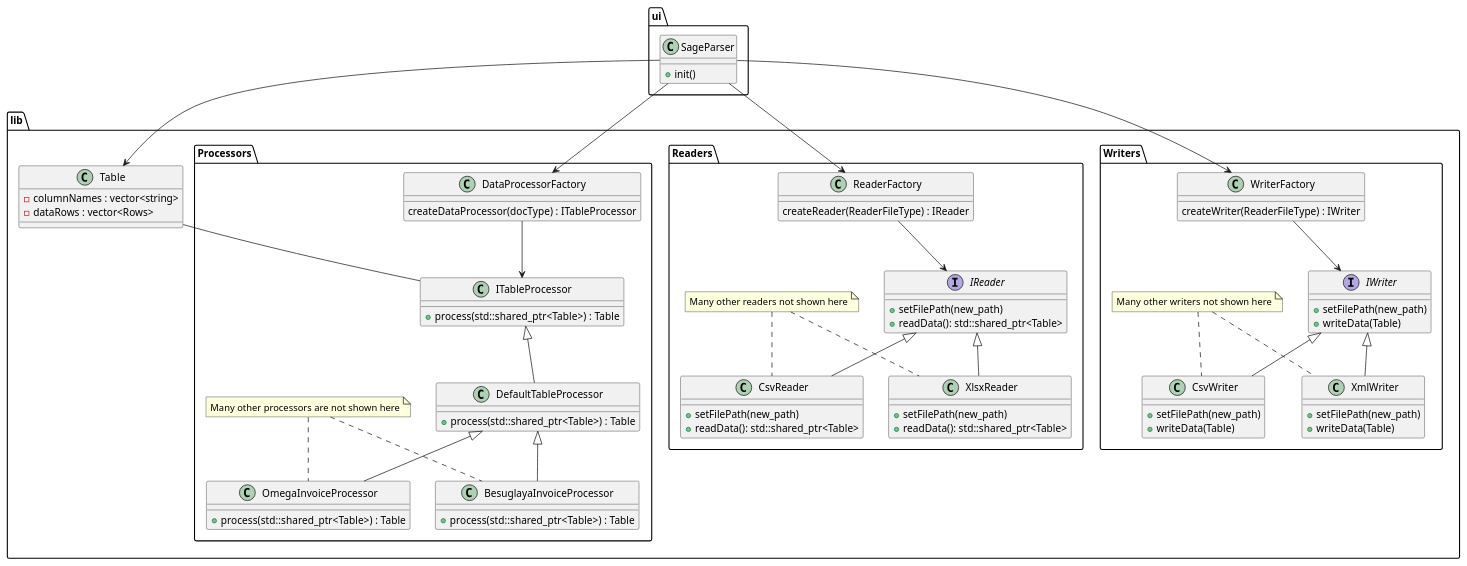
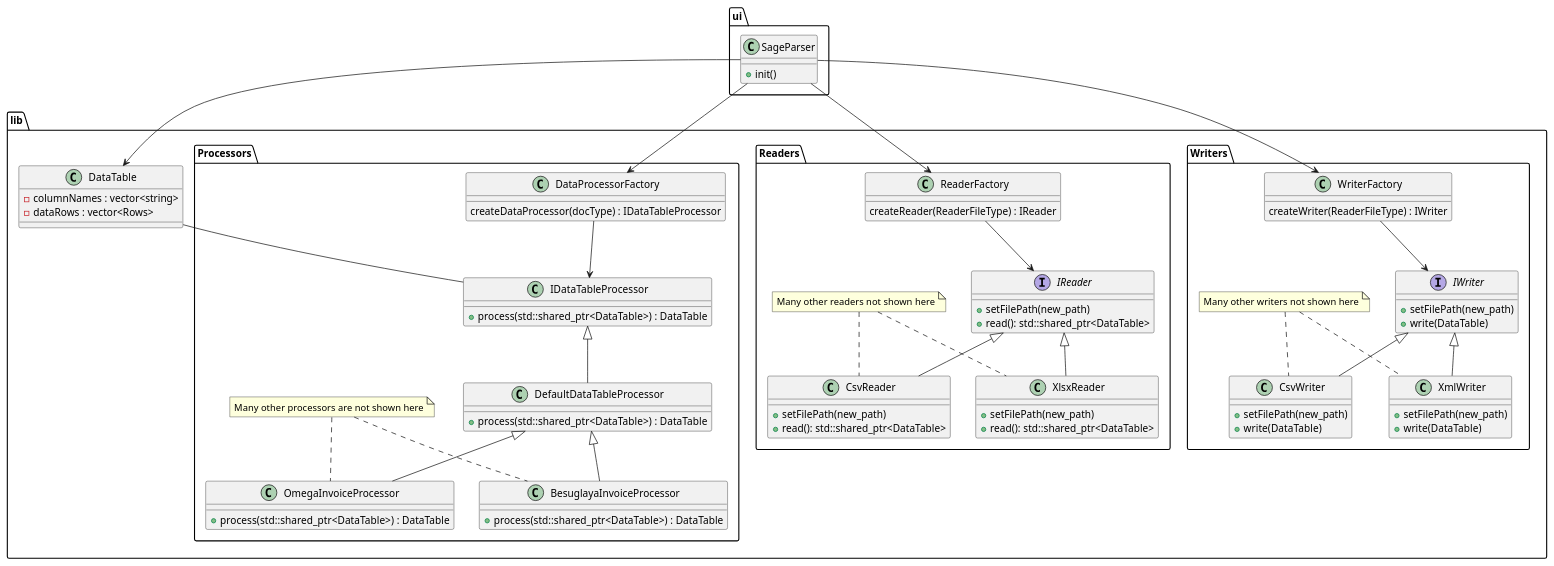
Before and after one commit to Sage-Cat/SageParser: the diagram in docs/Library_Design.puml, drawn with PlantUML. The commit also changed 30 other files, not shown here.

```diff
--- a/docs/Library_Design.puml
+++ b/docs/Library_Design.puml
@@ -1,117 +1,117 @@
 @startuml
 
 package ui {
     class SageParser
     {
         +init()
     }
 }
 
 package lib {
-    class Table {
+    class DataTable {
         -columnNames : vector<string>
         -dataRows : vector<Rows>
     }
 
     package Processors {
         class DataProcessorFactory
         {
-            createDataProcessor(docType) : ITableProcessor
+            createDataProcessor(docType) : IDataTableProcessor
         }
 
-        class ITableProcessor {
-            +process(std::shared_ptr<Table>) : Table
+        class IDataTableProcessor {
+            +process(std::shared_ptr<DataTable>) : DataTable
         }
 
-        class DefaultTableProcessor {
-            +process(std::shared_ptr<Table>) : Table
+        class DefaultDataTableProcessor {
+            +process(std::shared_ptr<DataTable>) : DataTable
         }
 
         class OmegaInvoiceProcessor {
-            +process(std::shared_ptr<Table>) : Table
+            +process(std::shared_ptr<DataTable>) : DataTable
         }
 
         class BesuglayaInvoiceProcessor {
-            +process(std::shared_ptr<Table>) : Table
+            +process(std::shared_ptr<DataTable>) : DataTable
         }
 
         note "Many other processors are not shown here" as N1
         N1 .. BesuglayaInvoiceProcessor
         N1 .. OmegaInvoiceProcessor
 
-        DefaultTableProcessor -up-|> ITableProcessor
-        BesuglayaInvoiceProcessor -up-|> DefaultTableProcessor
-        OmegaInvoiceProcessor -up-|> DefaultTableProcessor
+        DefaultDataTableProcessor -up-|> IDataTableProcessor
+        BesuglayaInvoiceProcessor -up-|> DefaultDataTableProcessor
+        OmegaInvoiceProcessor -up-|> DefaultDataTableProcessor
     }
 
     package Writers {
 
         class WriterFactory {
             createWriter(ReaderFileType) : IWriter
         } 
 
         interface IWriter {
             +setFilePath(new_path)
-            +writeData(Table)
+            +write(DataTable)
         }
 
         class CsvWriter {
             +setFilePath(new_path)
-            +writeData(Table)
+            +write(DataTable)
         }
 
         class XmlWriter {
             +setFilePath(new_path)
-            +writeData(Table)
+            +write(DataTable)
         }
 
         note "Many other writers not shown here" as N2
         N2 .. CsvWriter
         N2 .. XmlWriter
 
         CsvWriter -up-|> IWriter
         XmlWriter -up-|> IWriter
     }
 
     package Readers {
         class ReaderFactory {
             createReader(ReaderFileType) : IReader
         } 
 
         interface IReader {
             +setFilePath(new_path)
-            +readData(): std::shared_ptr<Table>
+            +read(): std::shared_ptr<DataTable>
         }
 
         class CsvReader {
             +setFilePath(new_path)
-            +readData(): std::shared_ptr<Table>
+            +read(): std::shared_ptr<DataTable>
         }
 
         class XlsxReader {
             +setFilePath(new_path)
-            +readData(): std::shared_ptr<Table>
+            +read(): std::shared_ptr<DataTable>
         }
 
         note "Many other readers not shown here" as N3
         N3 .. CsvReader
         N3 .. XlsxReader
 
         CsvReader -up-|> IReader
         XlsxReader -up-|> IReader
     }
 
-    Table -- ITableProcessor
+    DataTable -- IDataTableProcessor
 }
 
 
 ReaderFactory --> IReader
 WriterFactory --> IWriter
-DataProcessorFactory --> ITableProcessor
+DataProcessorFactory --> IDataTableProcessor
 
 SageParser --> DataProcessorFactory
 SageParser --> WriterFactory
 SageParser --> ReaderFactory
-SageParser --> Table
+SageParser --> DataTable
 
 @enduml
```
